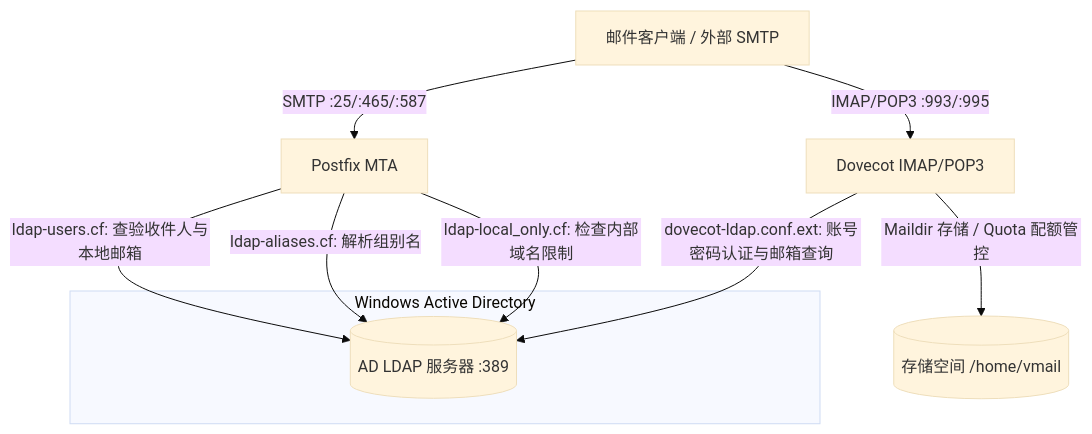
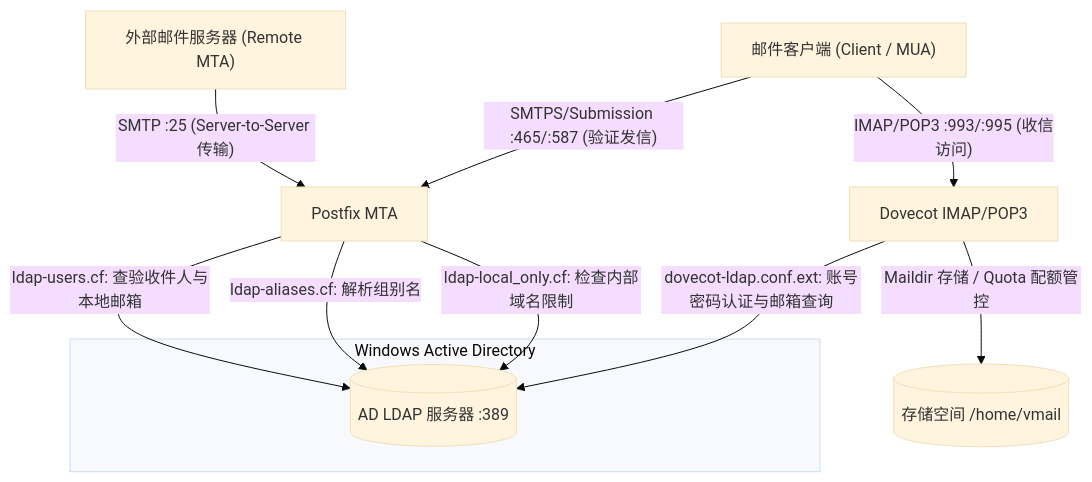
One commit to WilliamFromTW/docker-Postfix-AD changed the first of 3 diagrams in ARCHITECTURE.zh-CN.md. Above: the diagram before and after it, drawn with Mermaid (base theme). The commit also changed 4 other files, not shown here.

Commit message:
docs: separate Port 25 server relay and Port 465/587 client submission in architecture diagrams

````diff
--- a/ARCHITECTURE.zh-CN.md
+++ b/ARCHITECTURE.zh-CN.md
@@ -21,15 +21,16 @@
 ```mermaid
 graph TD
-    Client["邮件客户端 / 外部 SMTP"] -->|SMTP :25/:465/:587| Postfix["Postfix MTA"]
-    Client -->|IMAP/POP3 :993/:995| Dovecot["Dovecot IMAP/POP3"]
+    RemoteMTA["外部邮件服务器 (Remote MTA)"] -->|"SMTP :25 (Server-to-Server 传输)"| Postfix["Postfix MTA"]
+    Client["邮件客户端 (Client / MUA)"] -->|"SMTPS/Submission :465/:587 (验证发信)"| Postfix
+    Client -->|"IMAP/POP3 :993/:995 (收信访问)"| Dovecot["Dovecot IMAP/POP3"]
     
     subgraph AD_DC ["Windows Active Directory"]
         AD[("AD LDAP 服务器 :389")]
     end
 
     Postfix -->|ldap-users.cf: 查验收件人与本地邮箱| AD
     Postfix -->|ldap-aliases.cf: 解析组别名| AD
     Postfix -->|ldap-local_only.cf: 检查内部域名限制| AD
     Dovecot -->|dovecot-ldap.conf.ext: 账号密码认证与邮箱查询| AD
     Dovecot -->|Maildir 存储 / Quota 配额管控| VMail[("存储空间 /home/vmail")]
 ```
````
